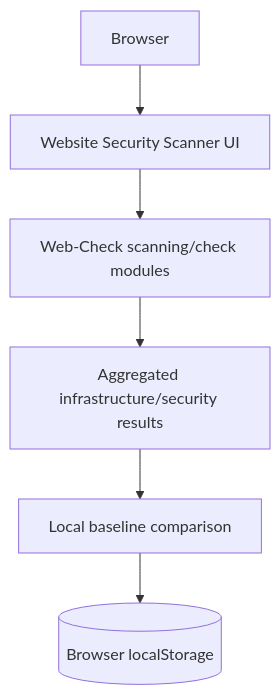
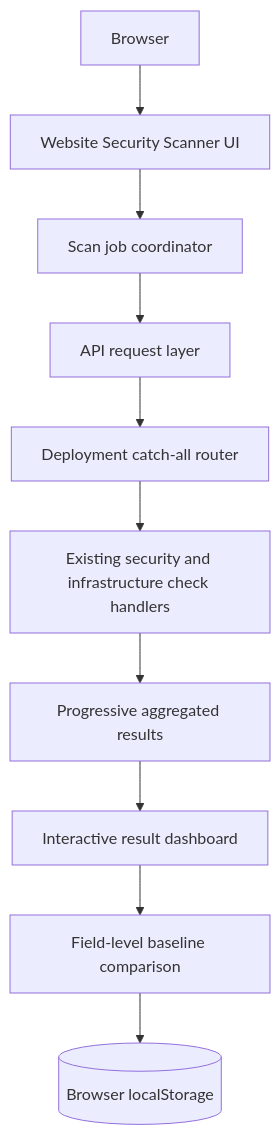
Before and after one commit to abhayjavaregowda/website-security-scanner: the diagram in README.md, drawn with Mermaid. The commit also changed other lines of this file, not shown here.

Commit message:
docs: present Website Security Scanner project

````diff
--- a/README.md
+++ b/README.md
@@ -46,8 +54,12 @@
 ```mermaid
 flowchart TD
   Browser[Browser] --> UI[Website Security Scanner UI]
-  UI --> Engine[Web-Check scanning/check modules]
-  Engine --> Results[Aggregated infrastructure/security results]
-  Results --> Baseline[Local baseline comparison]
+  UI --> Jobs[Scan job coordinator]
+  Jobs --> API[API request layer]
+  API --> CatchAll[Deployment catch-all router]
+  CatchAll --> Checks[Existing security and infrastructure check handlers]
+  Checks --> Results[Progressive aggregated results]
+  Results --> Dashboard[Interactive result dashboard]
+  Dashboard --> Baseline[Field-level baseline comparison]
   Baseline --> Storage[(Browser localStorage)]
 ```
````
